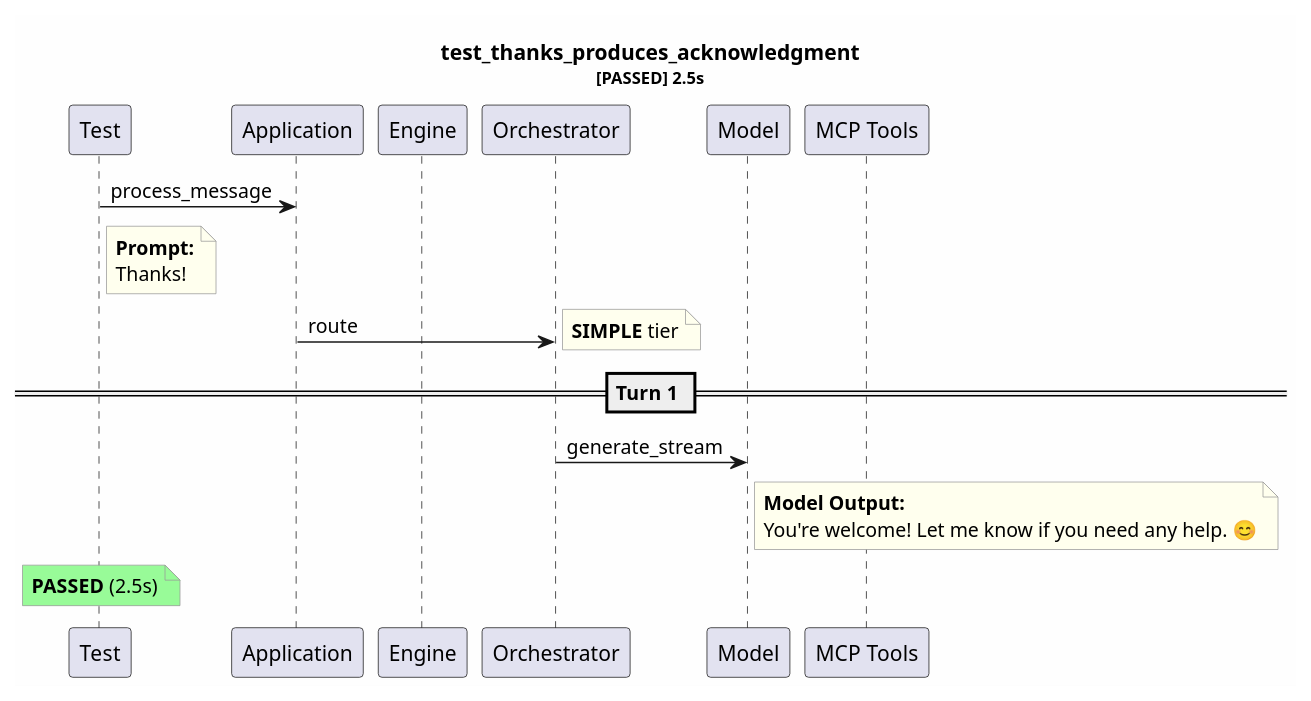
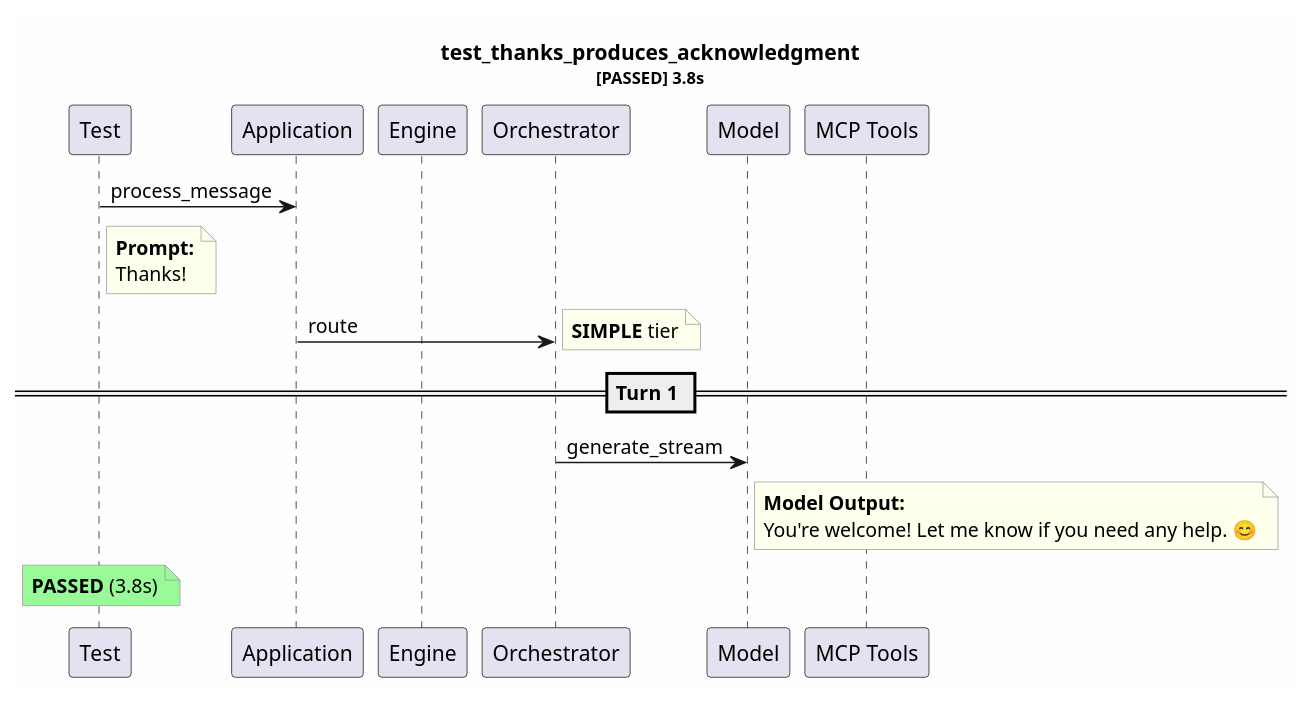
Before and after one commit to tvanfossen/entropic: the diagram in test-reports/test_thanks_produces_acknowledgment.puml, drawn with PlantUML. The commit also changed 49 other files, not shown here.

```diff
--- a/test-reports/test_thanks_produces_acknowledgment.puml
+++ b/test-reports/test_thanks_produces_acknowledgment.puml
@@ -1,31 +1,31 @@
 @startuml
 skinparam backgroundColor #FEFEFE
 skinparam noteBorderColor #999999
 skinparam noteBackgroundColor #FFFFEE
-title test_thanks_produces_acknowledgment\n<size:11>[PASSED] 2.5s</size>
+title test_thanks_produces_acknowledgment\n<size:11>[PASSED] 3.8s</size>
 
 participant "Test" as T
 participant "Application" as App
 participant "Engine" as Eng
 participant "Orchestrator" as Orch
 participant "Model" as Mdl
 participant "MCP Tools" as MCP
 
 T -> App: process_message
 note right of T
   **Prompt:**
   Thanks!
 end note
 App -> Orch: route
 note right: **SIMPLE** tier
 == Turn 1 ==
 Orch -> Mdl: generate_stream
 note right of Mdl
   **Model Output:**
   You're welcome! Let me know if you need any help. 😊
 end note
 note over T #palegreen
-  **PASSED** (2.5s)
+  **PASSED** (3.8s)
 end note
 
 @enduml
```
